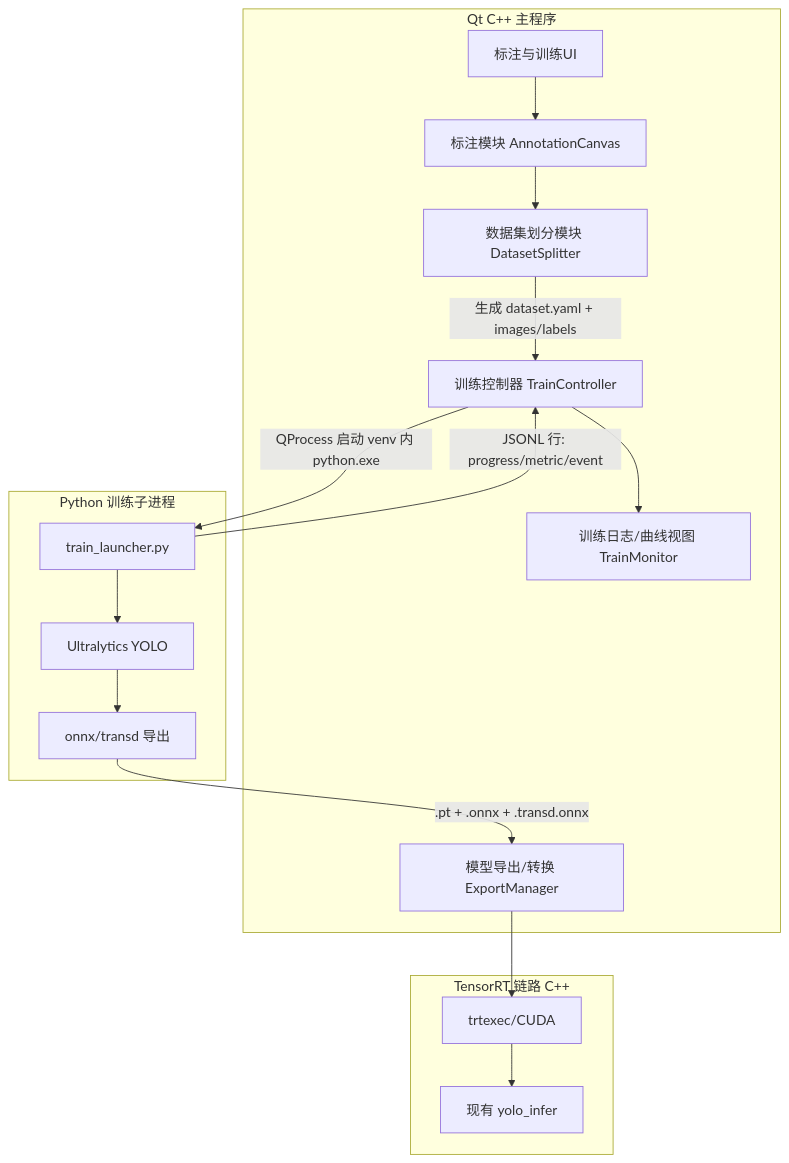
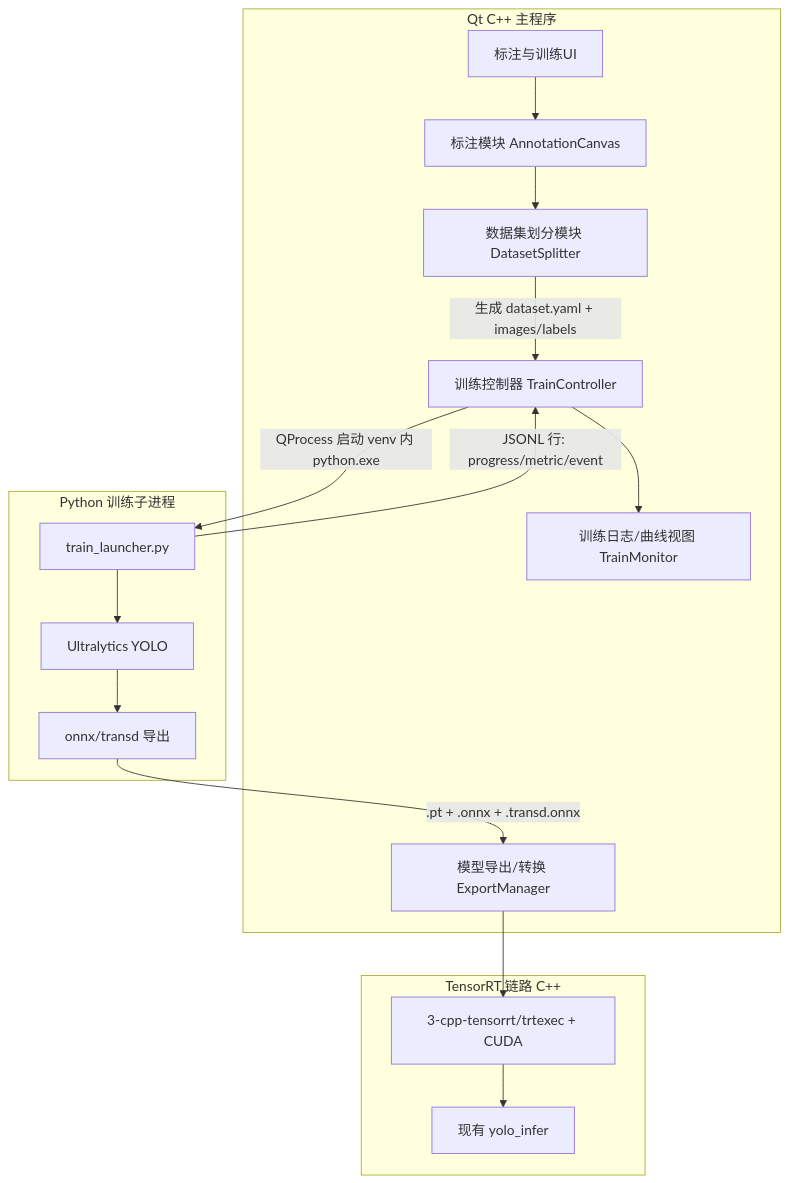
The fourth of 4 diagrams in docs/Qt_Cpp_Python训练平台_架构设计.md (jusitfy0913/dp-tool), drawn with Mermaid before and after one commit. The commit also changed other lines of this file and 5559 other files, not shown here.

````diff
--- a/docs/Qt_Cpp_Python训练平台_架构设计.md
+++ b/docs/Qt_Cpp_Python训练平台_架构设计.md
@@ -139,31 +139,31 @@
 ```mermaid
 flowchart TB
     subgraph qtApp [Qt C++ 主程序]
         UI[标注与训练UI]
         AnnoMod[标注模块 AnnotationCanvas]
         DatasetMod[数据集划分模块 DatasetSplitter]
         TrainCtrl[训练控制器 TrainController]
         LogView[训练日志/曲线视图 TrainMonitor]
         ExportMod[模型导出/转换 ExportManager]
     end
 
     subgraph pyEnv [Python 训练子进程]
         Launcher[train_launcher.py]
         Ultra[Ultralytics YOLO]
         Exporter[onnx/transd 导出]
     end
 
     subgraph trtChain [TensorRT 链路 C++]
-        Trtexec[trtexec/CUDA]
+        Trtexec["3-cpp-tensorrt/trtexec + CUDA"]
         InferSDK[现有 yolo_infer]
     end
 
     UI --> AnnoMod --> DatasetMod
     DatasetMod -->|生成 dataset.yaml + images/labels| TrainCtrl
     TrainCtrl -->|QProcess 启动 venv 内 python.exe| Launcher
     Launcher -->|JSONL 行: progress/metric/event| TrainCtrl
     TrainCtrl --> LogView
     Launcher --> Ultra --> Exporter
     Exporter -->|.pt + .onnx + .transd.onnx| ExportMod
     ExportMod --> Trtexec --> InferSDK
 ```
````
